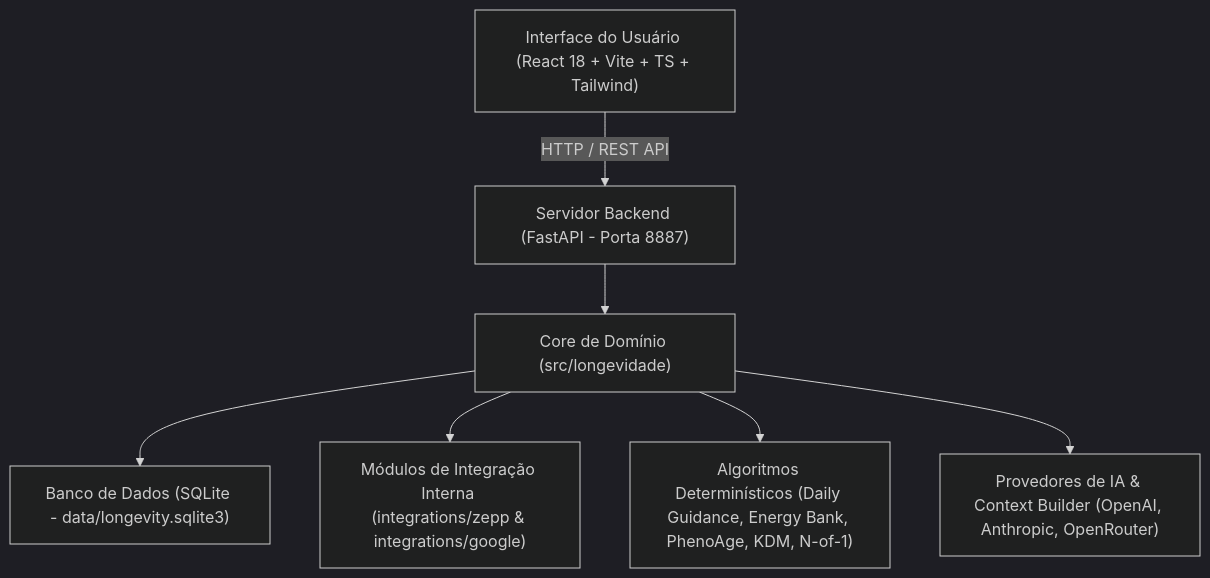
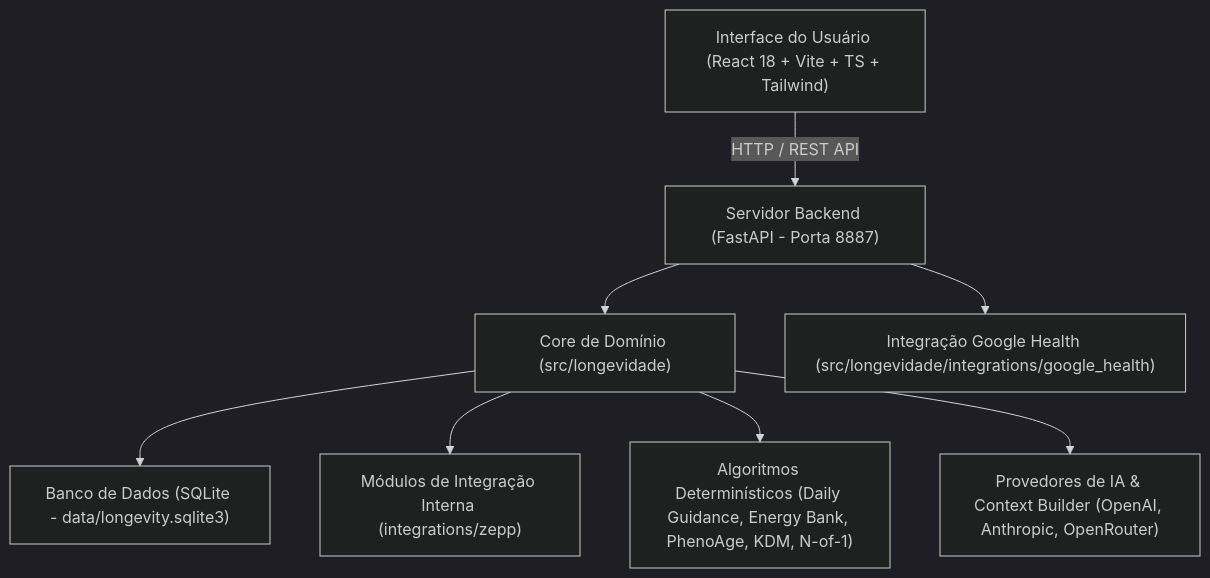
Before and after one commit to lguscouto/longevity-hub: the diagram in docs/overview.md, drawn with Mermaid (dark theme). The commit also changed other lines of this file and 28 other files, not shown here.

Commit message:
fix(google-health): complete P0/P1 codex pendencies (webhooks, REST v4, raw idempotency, isolation)

````diff
--- a/docs/overview.md
+++ b/docs/overview.md
@@ -25,9 +25,10 @@
 ```mermaid
 graph TD
     A["Interface do Usuário (React 18 + Vite + TS + Tailwind)"] -->|HTTP / REST API| B["Servidor Backend (FastAPI - Porta 8887)"]
     B --> C["Core de Domínio (src/longevidade)"]
+    B --> H["Integração Google Health (src/longevidade/integrations/google_health)"]
     C --> D["Banco de Dados (SQLite - data/longevity.sqlite3)"]
-    C --> E["Módulos de Integração Interna (integrations/zepp & integrations/google)"]
+    C --> E["Módulos de Integração Interna (integrations/zepp)"]
     C --> F["Algoritmos Determinísticos (Daily Guidance, Energy Bank, PhenoAge, KDM, N-of-1)"]
     C --> G["Provedores de IA & Context Builder (OpenAI, Anthropic, OpenRouter)"]
 ```
````
